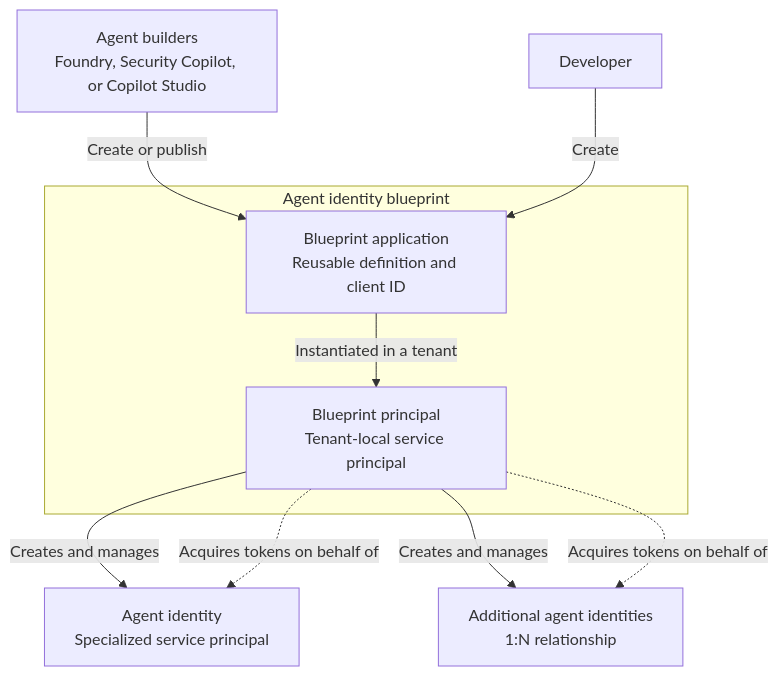
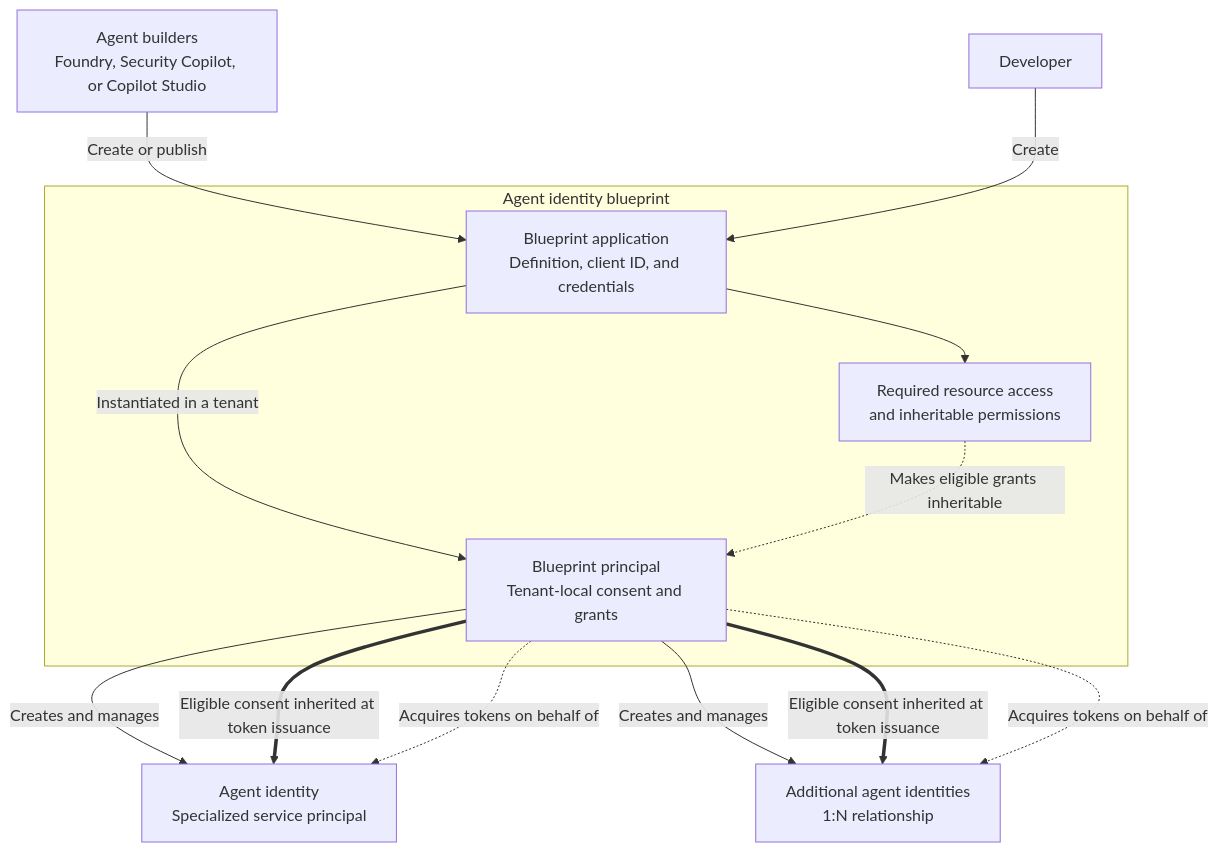
One commit to rmoreirao/SampleAKSEntraAngetID changed the first of 5 diagrams in docs/identity-authentication.md. Above: the diagram before and after it, drawn with Mermaid. The commit also changed other lines of this file and 2 other files, not shown here.

Commit message:
docs: update architecture and identity authentication documentation for clarity and accuracy

````diff
--- a/docs/identity-authentication.md
+++ b/docs/identity-authentication.md
@@ -46,21 +46,26 @@
 ```mermaid
 flowchart TB
     Builders[Agent builders<br/>Foundry, Security Copilot, or Copilot Studio]
     Developer[Developer]
 
     subgraph Blueprint["Agent identity blueprint"]
-        Application[Blueprint application<br/>Reusable definition and client ID]
-        Principal[Blueprint principal<br/>Tenant-local service principal]
+        Application[Blueprint application<br/>Definition, client ID, and credentials]
+        PermissionConfig[Required resource access<br/>and inheritable permissions]
+        Principal[Blueprint principal<br/>Tenant-local consent and grants]
         Application -->|Instantiated in a tenant| Principal
+        Application --> PermissionConfig
+        PermissionConfig -.->|Makes eligible grants inheritable| Principal
     end
 
     Agent1[Agent identity<br/>Specialized service principal]
     AgentN[Additional agent identities<br/>1:N relationship]
 
     Builders -->|Create or publish| Application
     Developer -->|Create| Application
     Principal -->|Creates and manages| Agent1
     Principal -->|Creates and manages| AgentN
+    Principal ==>|Eligible consent inherited at token issuance| Agent1
+    Principal ==>|Eligible consent inherited at token issuance| AgentN
     Principal -.->|Acquires tokens on behalf of| Agent1
     Principal -.->|Acquires tokens on behalf of| AgentN
 ```
````
